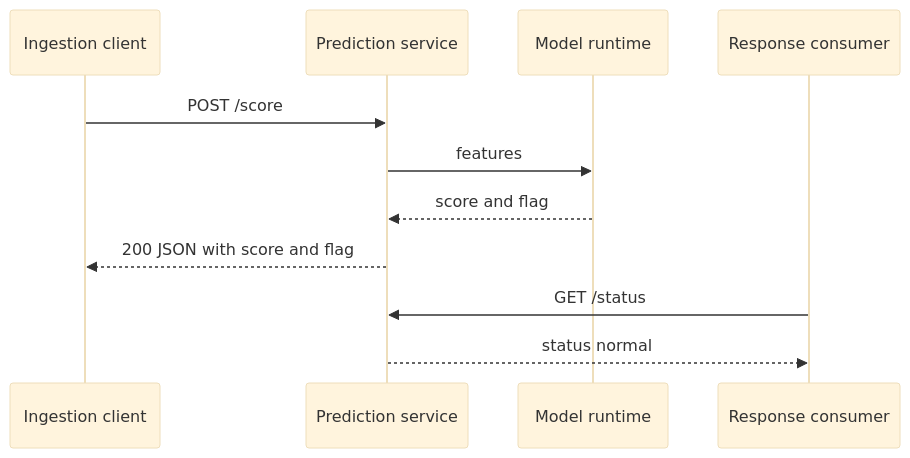
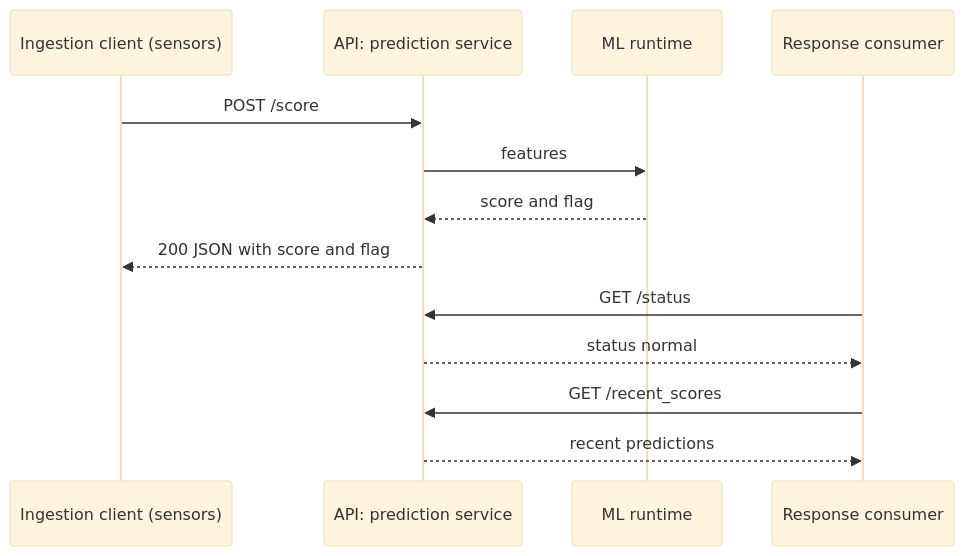
Before and after one commit to rzhlm/IUBH-stream-anomaly: the diagram in documentation/sequence.mermaid, drawn with Mermaid (base theme). The commit also changed 1 other file, not shown here.

Commit message:
updating diagrams (mermaid)

```diff
--- a/documentation/sequence.mermaid
+++ b/documentation/sequence.mermaid
@@ -1,25 +1,31 @@
 sequenceDiagram
 
-  participant ING as Ingestion client
+  participant ING as Ingestion client (sensors)
 
-  participant API as Prediction service
+  participant API as API: prediction service
 
-  participant MODEL as Model runtime
+  participant MODEL as ML runtime
 
   participant CALLER as Response consumer
 
-  
+
 
   ING->>API: POST /score
 
   API->>MODEL: features
 
   MODEL-->>API: score and flag
 
   API-->>ING: 200 JSON with score and flag
 
-  
+
 
   CALLER->>API: GET /status
 
   API-->>CALLER: status normal
+
+
+
+  CALLER->>API: GET /recent_scores
+
+  API-->>CALLER: recent predictions
```
